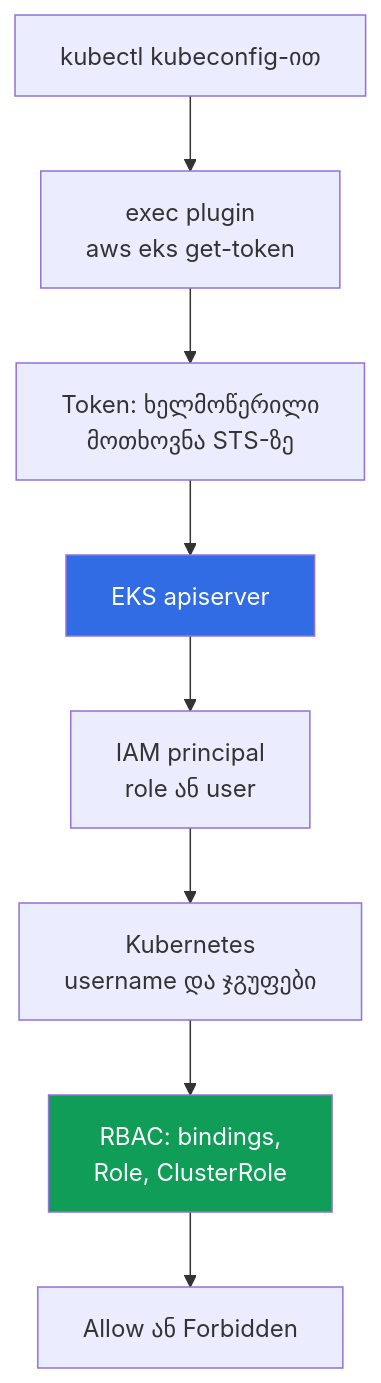
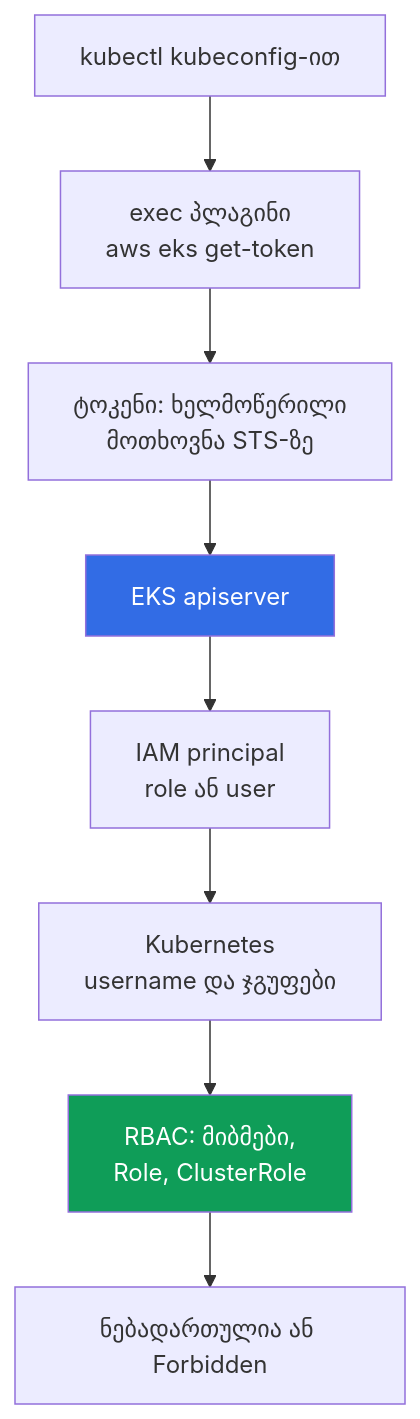
One commit to ViktorUJ/cks changed the first of 2 diagrams in tasks/eks/course/05/ge.md. Above: the diagram before and after it, drawn with Mermaid. The commit also changed other lines of this file and 534 other files, not shown here.

````diff
--- a/tasks/eks/course/05/ge.md
+++ b/tasks/eks/course/05/ge.md
@@ -20,15 +20,15 @@
 ```mermaid
 flowchart TB
     k["kubectl kubeconfig-ით"]
-    plg["exec plugin<br/>aws eks get-token"]
-    tok["Token: ხელმოწერილი<br/>მოთხოვნა STS-ზე"]
+    plg["exec პლაგინი<br/>aws eks get-token"]
+    tok["ტოკენი: ხელმოწერილი<br/>მოთხოვნა STS-ზე"]
     api["EKS apiserver"]
     idn["IAM principal<br/>role ან user"]
     map["Kubernetes<br/>username და ჯგუფები"]
-    rbac["RBAC: bindings,<br/>Role, ClusterRole"]
-    res["Allow ან Forbidden"]
+    rbac["RBAC: მიბმები,<br/>Role, ClusterRole"]
+    res["ნებადართულია ან Forbidden"]
     k --> plg --> tok --> api
     api --> idn --> map --> rbac --> res
     style api fill:#326ce5,color:#fff
     style rbac fill:#0f9d58,color:#fff
 ```
````
